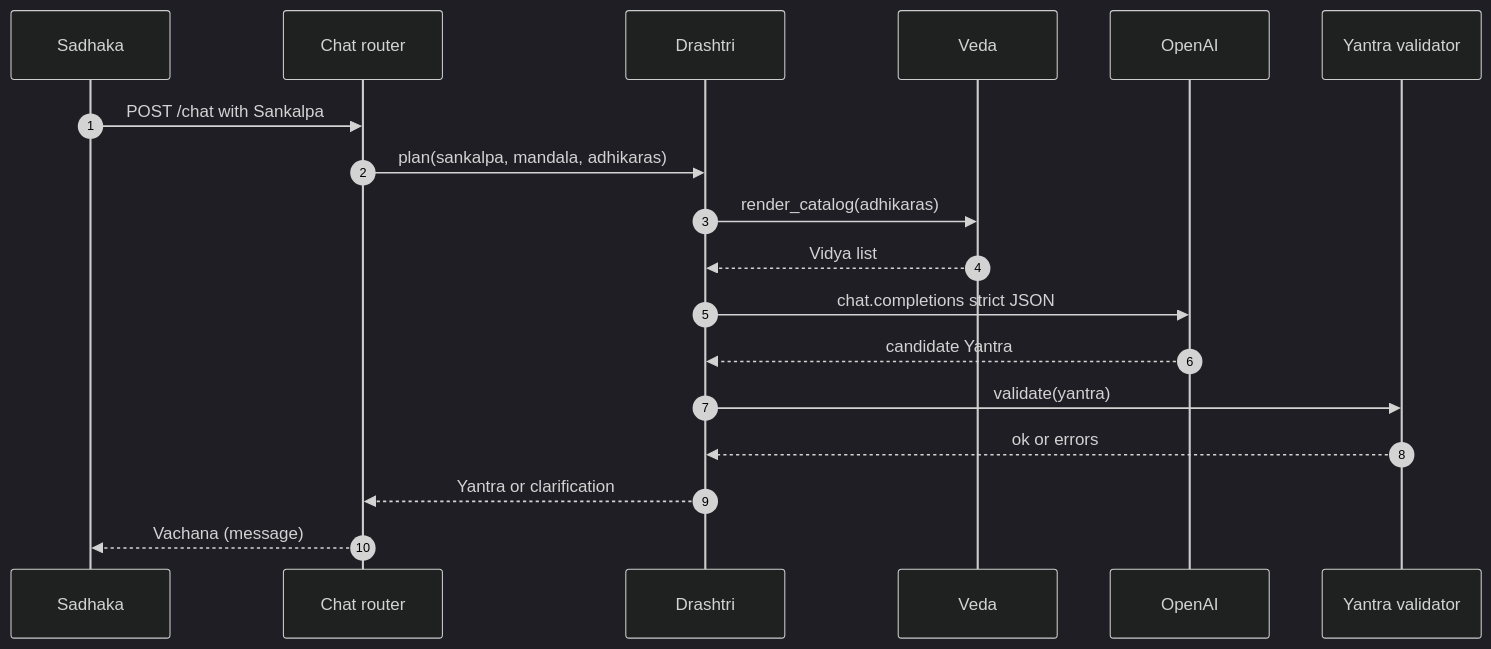
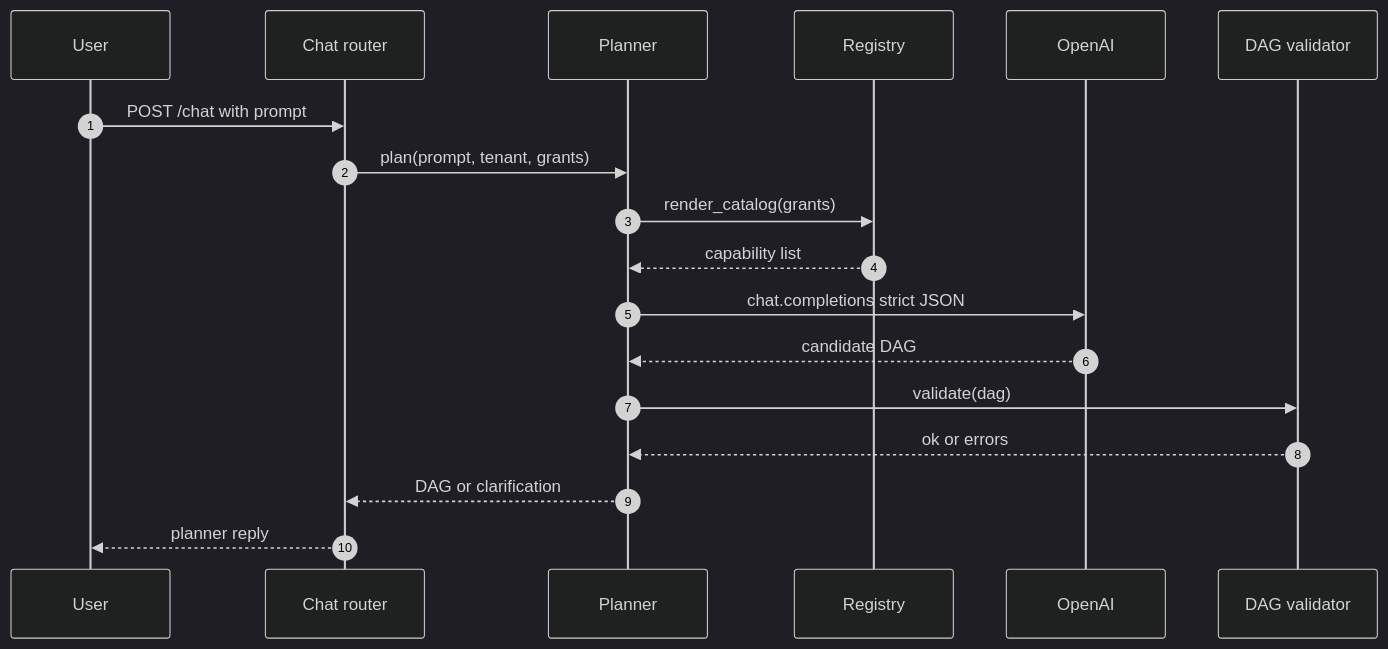
The first of 12 diagrams in documentation/src/02-LLD.md (so-weak/Aakaar), drawn with Mermaid (dark theme) before and after one commit. The commit also changed other lines of this file and 23 other files, not shown here.

````diff
--- a/documentation/src/02-LLD.md
+++ b/documentation/src/02-LLD.md
@@ -69,21 +72,21 @@
 ```mermaid
 sequenceDiagram
   autonumber
-  participant U as Sadhaka
+  participant U as User
   participant API as Chat router
-  participant P as Drashtri
-  participant R as Veda
+  participant P as Planner
+  participant R as Registry
   participant L as OpenAI
-  participant V as Yantra validator
+  participant V as DAG validator
 
-  U->>API: POST /chat with Sankalpa
-  API->>P: plan(sankalpa, mandala, adhikaras)
-  P->>R: render_catalog(adhikaras)
-  R-->>P: Vidya list
+  U->>API: POST /chat with prompt
+  API->>P: plan(prompt, tenant, grants)
+  P->>R: render_catalog(grants)
+  R-->>P: capability list
   P->>L: chat.completions strict JSON
-  L-->>P: candidate Yantra
-  P->>V: validate(yantra)
+  L-->>P: candidate DAG
+  P->>V: validate(dag)
   V-->>P: ok or errors
-  P-->>API: Yantra or clarification
-  API-->>U: Vachana (message)
+  P-->>API: DAG or clarification
+  API-->>U: planner reply
 ```
````
